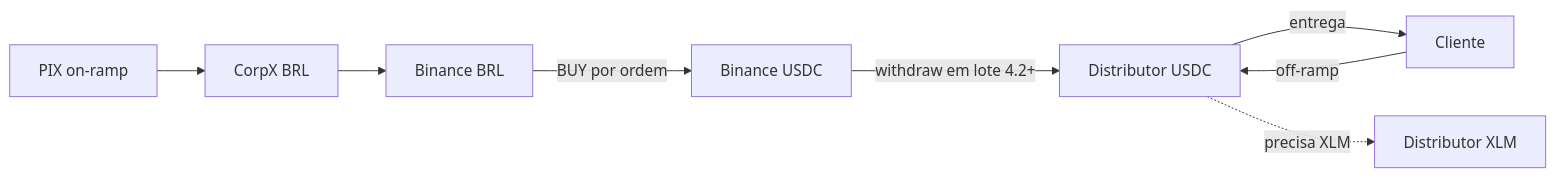
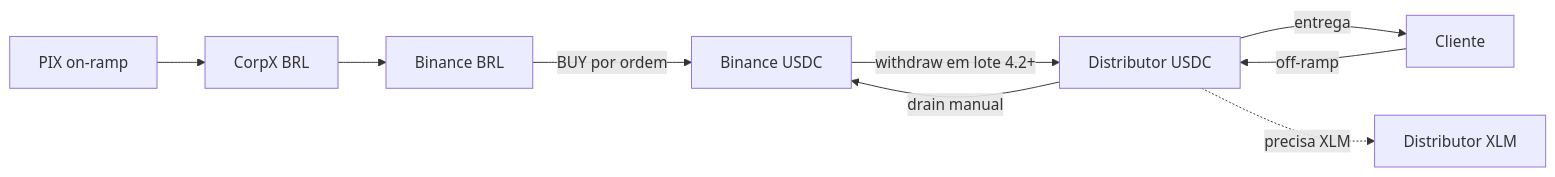
Before and after one commit to HighLiquidity/hili-stellar-mvp: the diagram in TREASURY_ARCHITECTURE.md, drawn with Mermaid. The commit also changed other lines of this file and 20 other files, not shown here.

First line of the commit message:
feat: add manual USDC drain from distributor to Binance

````diff
--- a/TREASURY_ARCHITECTURE.md
+++ b/TREASURY_ARCHITECTURE.md
@@ -51,10 +51,11 @@
 ```mermaid
 flowchart LR
   PIX_IN[PIX on-ramp] --> CorpX[CorpX BRL]
   CorpX --> BinBRL[Binance BRL]
   BinBRL -->|BUY por ordem| BinUSDC[Binance USDC]
   BinUSDC -->|withdraw em lote 4.2+| Dist[Distributor USDC]
   Dist -->|entrega| Client[Cliente]
   Client -->|off-ramp| Dist
+  Dist -->|drain manual| BinUSDC
   Dist -.->|precisa XLM| XLM[Distributor XLM]
 ```
````
